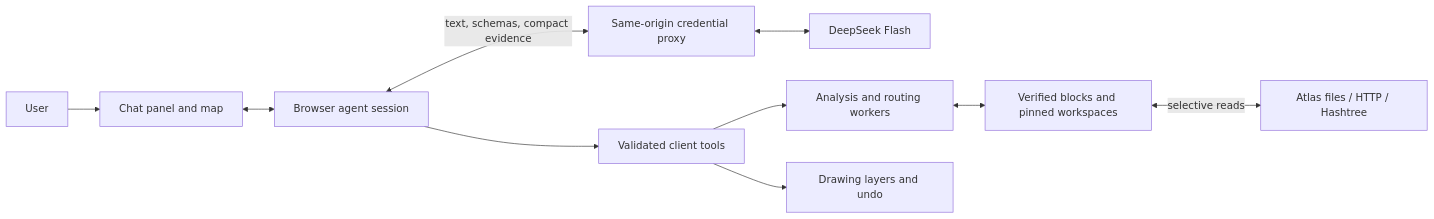
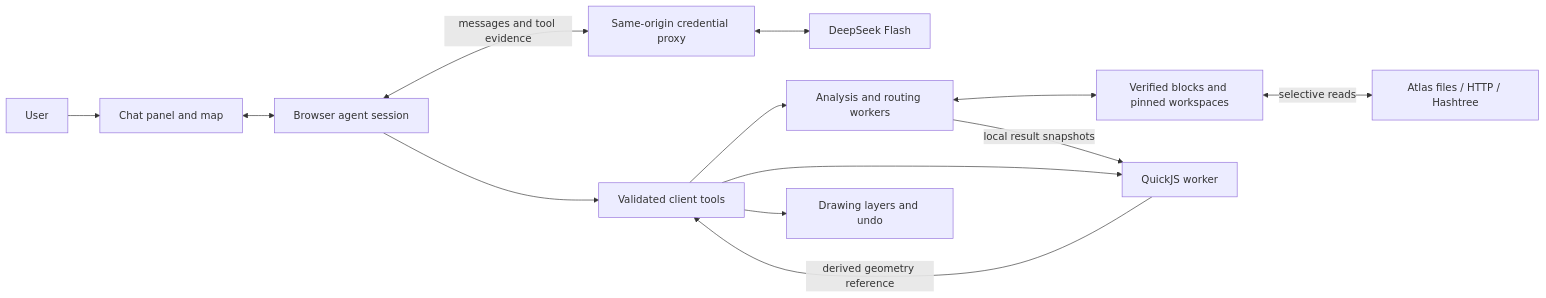
The diagram in docs/AI-CHAT-DEMO.md (zeSchlausKwab/atlas), drawn with Mermaid before and after one commit. The commit also changed other lines of this file and 24 other files, not shown here.

Commit message:
Make map chat inspectable and add local QuickJS analysis

````diff
--- a/docs/AI-CHAT-DEMO.md
+++ b/docs/AI-CHAT-DEMO.md
@@ -37,12 +37,15 @@
 ```mermaid
 flowchart LR
   Human[User] --> UI[Chat panel and map]
   UI <--> Agent[Browser agent session]
-  Agent <-->|text, schemas, compact evidence| Proxy[Same-origin credential proxy]
+  Agent <-->|messages and tool evidence| Proxy[Same-origin credential proxy]
   Proxy <--> Model[DeepSeek Flash]
   Agent --> Tools[Validated client tools]
-  Tools --> Worker[Analysis and routing workers]
-  Worker <--> Cache[Verified blocks and pinned workspaces]
+  Tools --> Analysis[Analysis and routing workers]
+  Analysis <--> Cache[Verified blocks and pinned workspaces]
   Cache <-->|selective reads| Files[Atlas files / HTTP / Hashtree]
+  Tools --> Code[QuickJS worker]
+  Analysis -->|local result snapshots| Code
+  Code -->|derived geometry reference| Tools
   Tools --> Layers[Drawing layers and undo]
 ```
````
